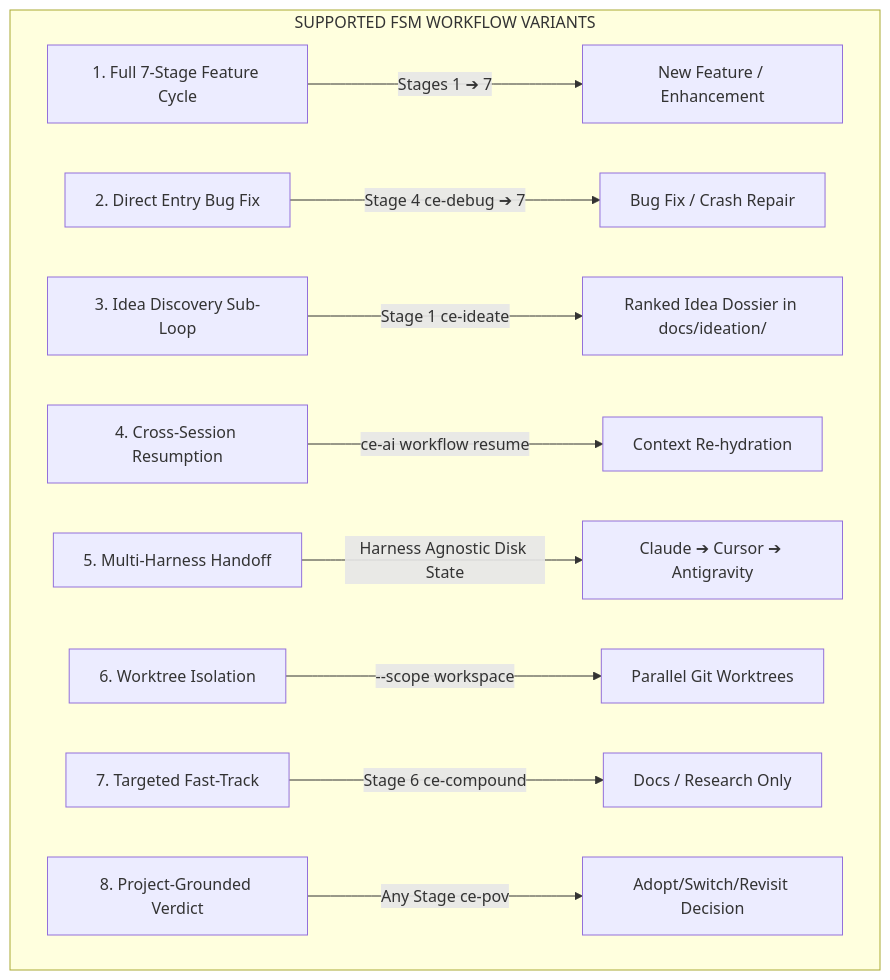
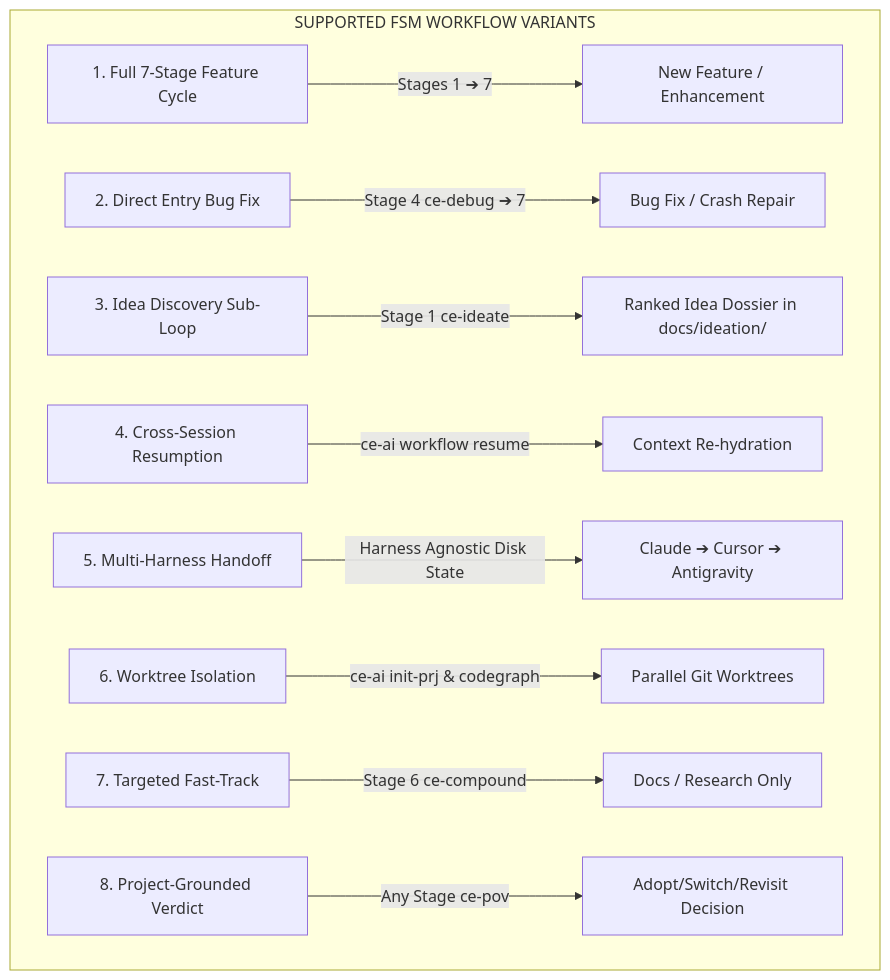
The seventh of 7 diagrams in docs/user-guide/fsm-and-checkpoints-explained.md (mastepanoski/ce-ai), drawn with Mermaid before and after one commit. The commit also changed other lines of this file and 12 other files, not shown here.

````diff
--- a/docs/user-guide/fsm-and-checkpoints-explained.md
+++ b/docs/user-guide/fsm-and-checkpoints-explained.md
@@ -330,13 +330,13 @@
 ```mermaid
 flowchart TD
     subgraph FSM_VARIANTS ["SUPPORTED FSM WORKFLOW VARIANTS"]
         V1["1. Full 7-Stage Feature Cycle"] -->|"Stages 1 ➔ 7"| FULL["New Feature / Enhancement"]
         V2["2. Direct Entry Bug Fix"] -->|"Stage 4 ce-debug ➔ 7"| BUG["Bug Fix / Crash Repair"]
         V3["3. Idea Discovery Sub-Loop"] -->|"Stage 1 ce-ideate"| IDEATE["Ranked Idea Dossier in docs/ideation/"]
         V4["4. Cross-Session Resumption"] -->|"ce-ai workflow resume"| RESUME["Context Re-hydration"]
         V5["5. Multi-Harness Handoff"] -->|"Harness Agnostic Disk State"| HANDOFF["Claude ➔ Cursor ➔ Antigravity"]
-        V6["6. Worktree Isolation"] -->|"--scope workspace"| WORKTREE["Parallel Git Worktrees"]
+        V6["6. Worktree Isolation"] -->|"ce-ai init-prj & codegraph"| WORKTREE["Parallel Git Worktrees"]
         V7["7. Targeted Fast-Track"] -->|"Stage 6 ce-compound"| DOCS["Docs / Research Only"]
         V8["8. Project-Grounded Verdict"] -->|"Any Stage ce-pov"| POV["Adopt/Switch/Revisit Decision"]
     end
 ```
````
